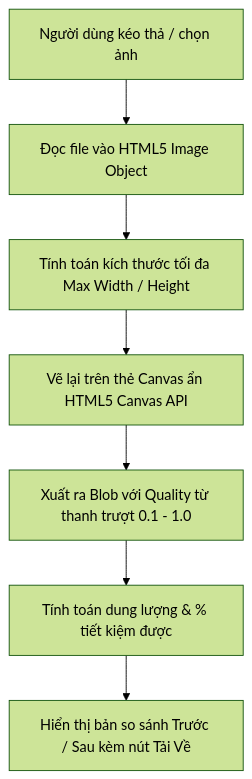
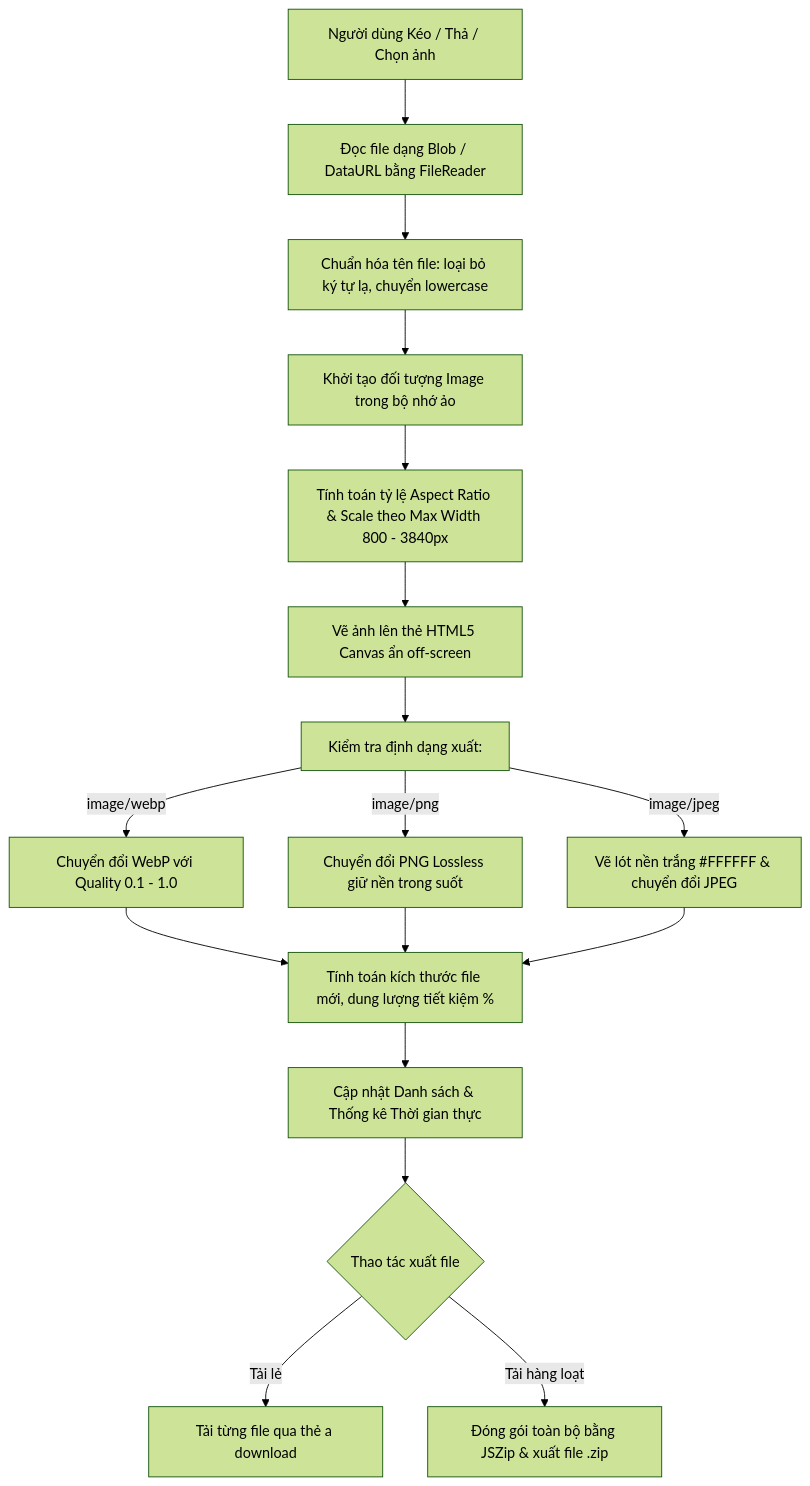
One commit to mbuxdesigner/UXMBTaskRequest changed the diagram in doc/features/08_BUILTIN_TOOLS_AND_UTILITIES.md. Above: the diagram before and after it, drawn with Mermaid (forest theme). The commit also changed other lines of this file and 41 other files, not shown here.

Commit message:
feat: complete image compressor page, two-way master data sync, dual pending logic, and daily update reports

````diff
--- a/doc/features/08_BUILTIN_TOOLS_AND_UTILITIES.md
+++ b/doc/features/08_BUILTIN_TOOLS_AND_UTILITIES.md
@@ -21,9 +26,19 @@
 ```mermaid
 flowchart TD
-    A[Người dùng kéo thả / chọn ảnh] --> B[Đọc file vào HTML5 Image Object]
-    B --> C[Tính toán kích thước tối đa Max Width / Height]
-    C --> D[Vẽ lại trên thẻ Canvas ẩn HTML5 Canvas API]
-    D --> E[Xuất ra Blob với Quality từ thanh trượt 0.1 - 1.0]
-    E --> F[Tính toán dung lượng & % tiết kiệm được]
-    F --> G[Hiển thị bản so sánh Trước / Sau kèm nút Tải Về]
+    A[Người dùng Kéo / Thả / Chọn ảnh] --> B[Đọc file dạng Blob / DataURL bằng FileReader]
+    B --> C[Chuẩn hóa tên file: loại bỏ ký tự lạ, chuyển lowercase]
+    C --> D[Khởi tạo đối tượng Image trong bộ nhớ ảo]
+    D --> E[Tính toán tỷ lệ Aspect Ratio & Scale theo Max Width 800 - 3840px]
+    E --> F[Vẽ ảnh lên thẻ HTML5 Canvas ẩn off-screen]
+    F --> G[Kiểm tra định dạng xuất:]
+    G -->|image/webp| H1[Chuyển đổi WebP với Quality 0.1 - 1.0]
+    G -->|image/png| H2[Chuyển đổi PNG Lossless giữ nền trong suốt]
+    G -->|image/jpeg| H3[Vẽ lót nền trắng #FFFFFF & chuyển đổi JPEG]
+    H1 --> I[Tính toán kích thước file mới, dung lượng tiết kiệm %]
+    H2 --> I
+    H3 --> I
+    I --> J[Cập nhật Danh sách & Thống kê Thời gian thực]
+    J --> K{Thao tác xuất file}
+    K -->|Tải lẻ| L[Tải từng file qua thẻ a download]
+    K -->|Tải hàng loạt| M[Đóng gói toàn bộ bằng JSZip & xuất file .zip]
 ```
````
